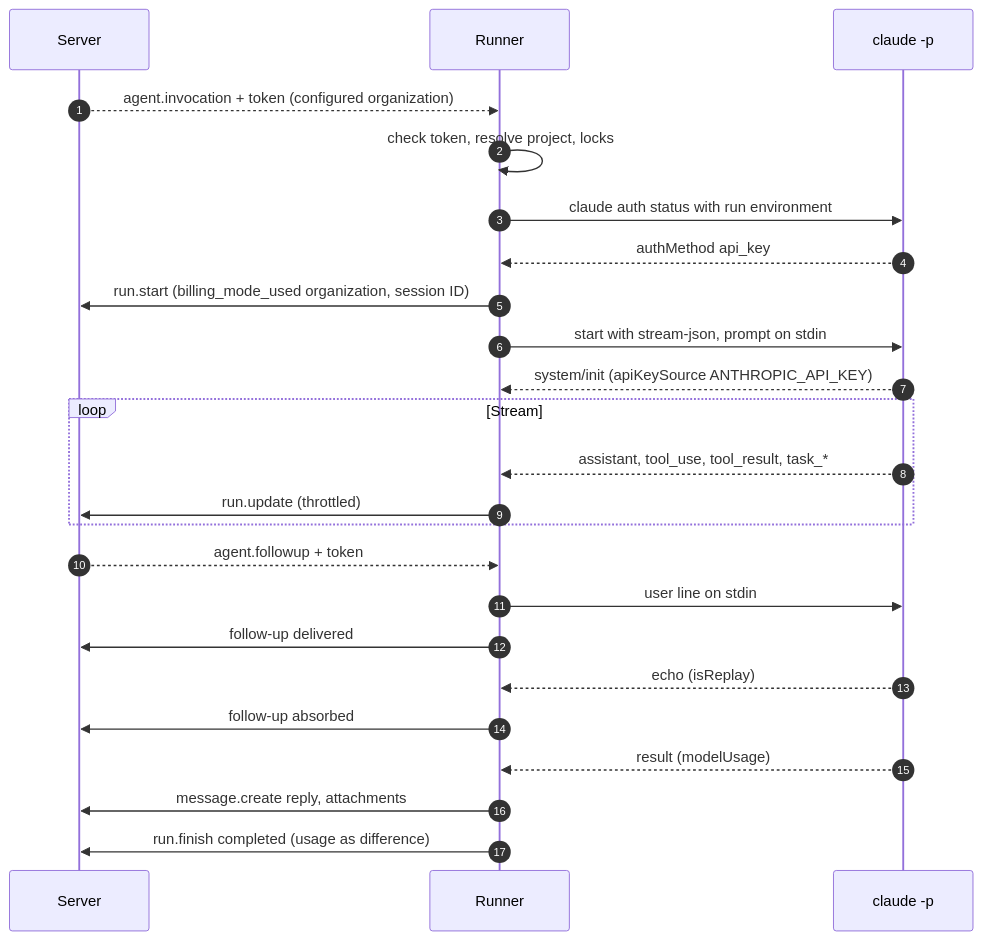
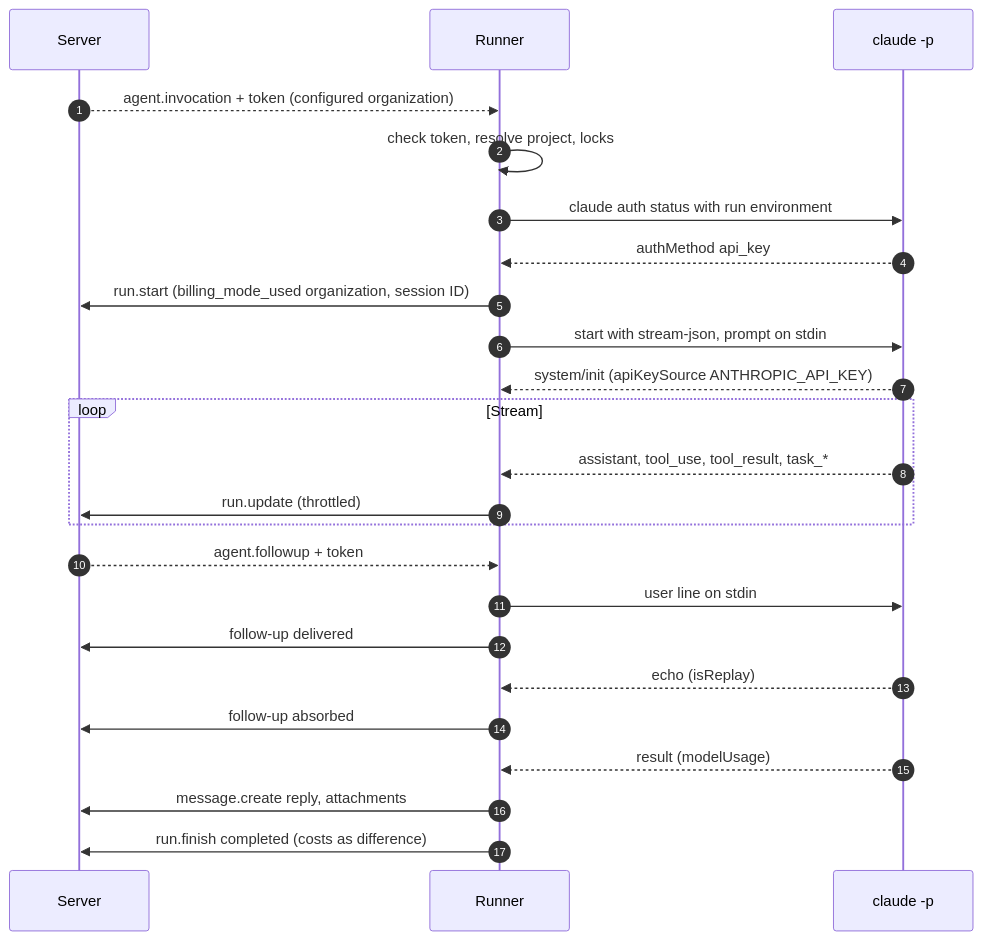
One commit to mguttmann/bothy changed the seventh of 7 diagrams in docs/spec/09-agents.md. Above: the diagram before and after it, drawn with Mermaid. The commit also changed other lines of this file and 176 other files, not shown here.

First line of the commit message:
feat(billing): book run costs, price table and thread costs (M2-22) (#311)

````diff
--- a/docs/spec/09-agents.md
+++ b/docs/spec/09-agents.md
@@ -2376,26 +2386,26 @@
 ```mermaid
 sequenceDiagram
     autonumber
     participant S as Server
     participant R as Runner
     participant C as claude -p
     S-->>R: agent.invocation + token (configured organization)
     R->>R: check token, resolve project, locks
     R->>C: claude auth status with run environment
     C-->>R: authMethod api_key
     R->>S: run.start (billing_mode_used organization, session ID)
     R->>C: start with stream-json, prompt on stdin
     C-->>R: system/init (apiKeySource ANTHROPIC_API_KEY)
     loop Stream
         C-->>R: assistant, tool_use, tool_result, task_*
         R->>S: run.update (throttled)
     end
     S-->>R: agent.followup + token
     R->>C: user line on stdin
     R->>S: follow-up delivered
     C-->>R: echo (isReplay)
     R->>S: follow-up absorbed
     C-->>R: result (modelUsage)
     R->>S: message.create reply, attachments
-    R->>S: run.finish completed (usage as difference)
+    R->>S: run.finish completed (costs as difference)
 ```
````
